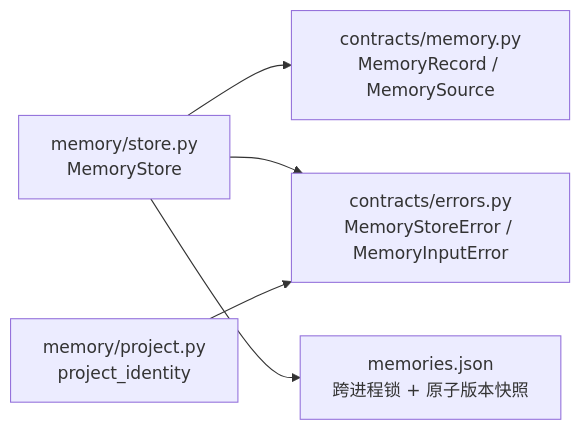
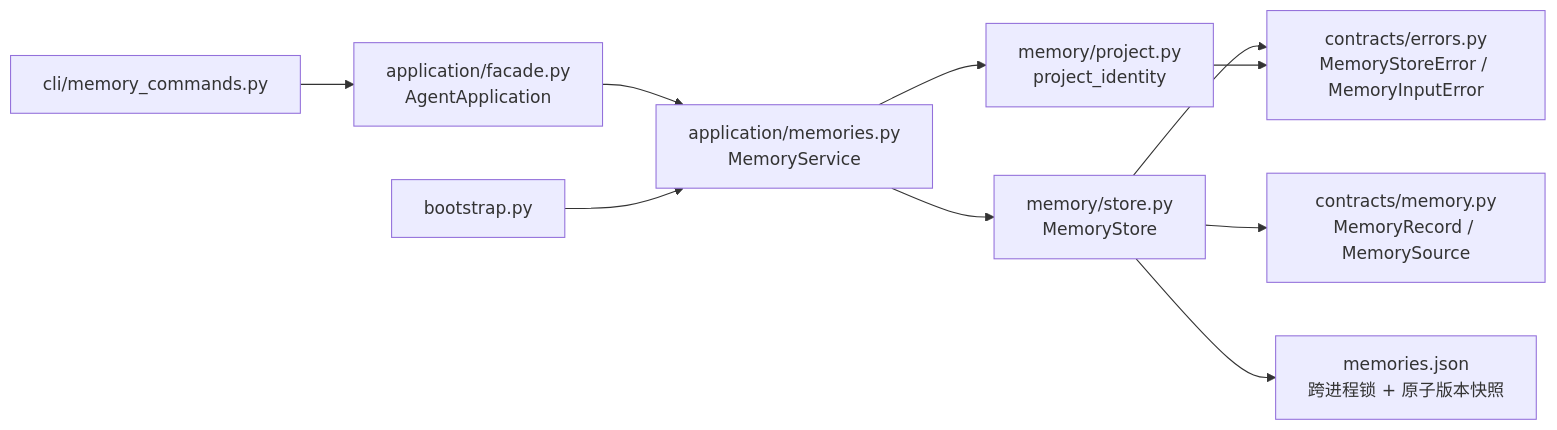
One commit to Plvltra/AdamAgent changed the first of 5 diagrams in docs/architecture.md. Above: the diagram before and after it, drawn with Mermaid. The commit also changed other lines of this file and 17 other files, not shown here.

````diff
--- a/docs/architecture.md
+++ b/docs/architecture.md
@@ -13,7 +13,12 @@
 ```mermaid
 flowchart LR
+    CLI["cli/memory_commands.py"] --> APP["application/facade.py<br/>AgentApplication"]
+    APP --> SERVICE["application/memories.py<br/>MemoryService"]
+    BOOT["bootstrap.py"] --> SERVICE
+    SERVICE --> PROJECT
+    SERVICE --> STORE
     STORE["memory/store.py<br/>MemoryStore"] --> RECORD["contracts/memory.py<br/>MemoryRecord / MemorySource"]
     STORE --> ERR["contracts/errors.py<br/>MemoryStoreError / MemoryInputError"]
     PROJECT["memory/project.py<br/>project_identity"] --> ERR
     STORE --> FILE["memories.json<br/>跨进程锁 + 原子版本快照"]
 ```
````
